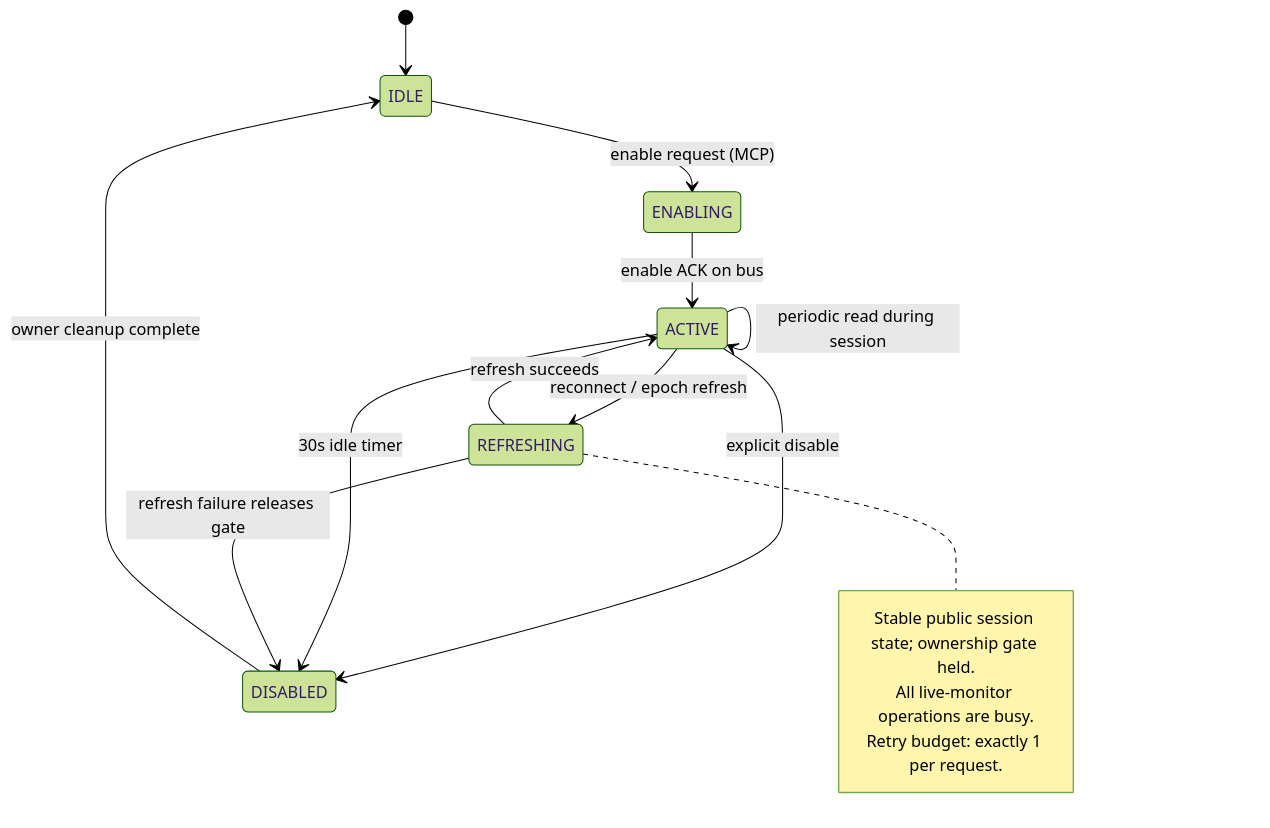
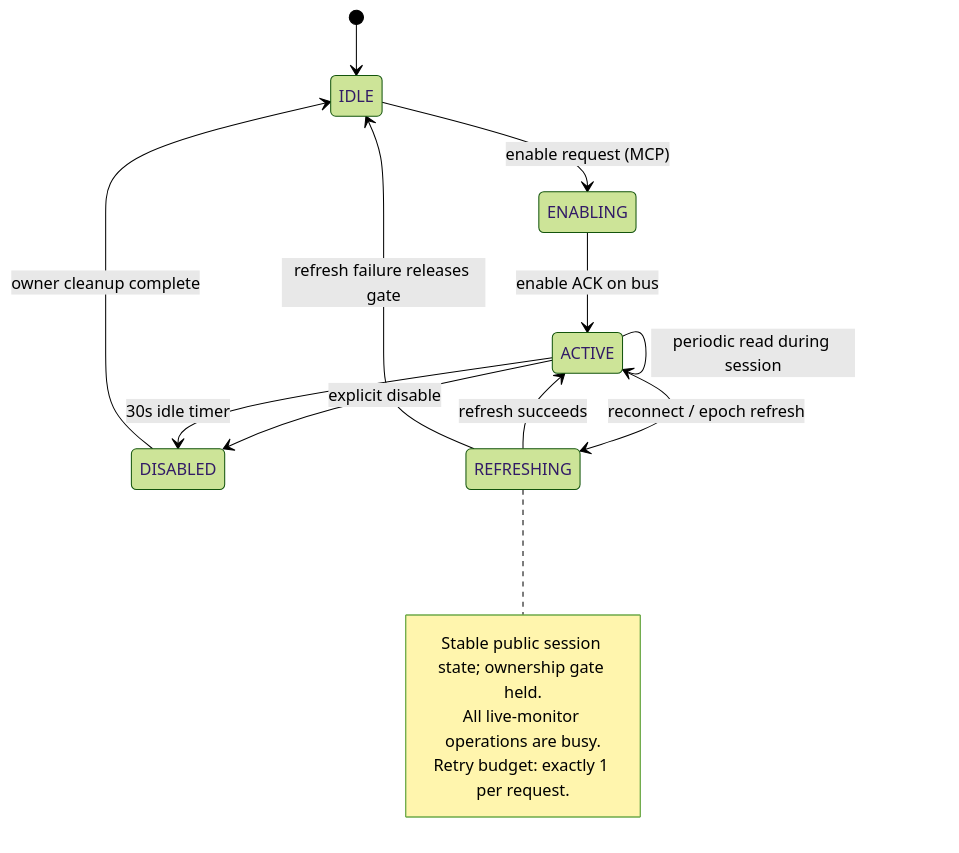
The first of 2 diagrams in protocols/vaillant/ebus-vaillant-B503.md (Project-Helianthus/helianthus-docs-ebus), drawn with Mermaid (forest theme) before and after one commit. The commit also changed other lines of this file and 2 other files, not shown here.

Commit message:
docs(b503): align refreshing failure release

````diff
--- a/protocols/vaillant/ebus-vaillant-B503.md
+++ b/protocols/vaillant/ebus-vaillant-B503.md
@@ -179,20 +179,20 @@
 ```mermaid
 stateDiagram-v2
     [*] --> IDLE
     IDLE --> ENABLING: enable request (MCP)
     ENABLING --> ACTIVE: enable ACK on bus
     ACTIVE --> ACTIVE: periodic read during session
     ACTIVE --> DISABLED: explicit disable
     ACTIVE --> DISABLED: 30s idle timer
     DISABLED --> IDLE: owner cleanup complete
 
     ACTIVE --> REFRESHING: reconnect / epoch refresh
     REFRESHING --> ACTIVE: refresh succeeds
-    REFRESHING --> DISABLED: refresh failure releases gate
+    REFRESHING --> IDLE: refresh failure releases gate
 
     note right of REFRESHING
       Stable public session state; ownership gate held.
       All live-monitor operations are busy.
       Retry budget: exactly 1 per request.
     end note
 ```
````
